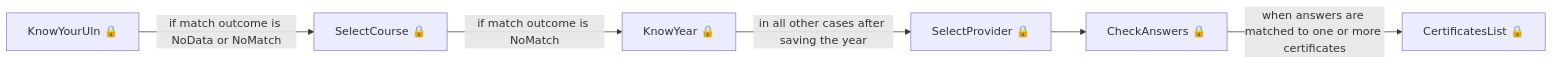
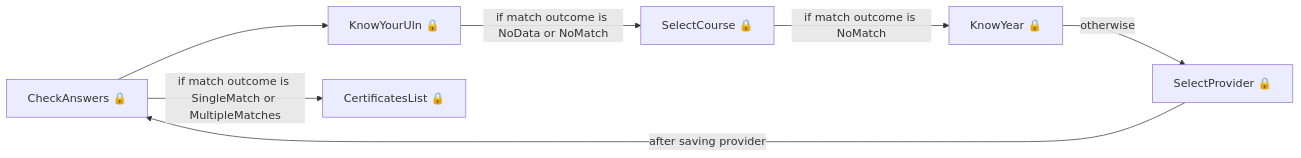
One commit to talentconsulting/atlas-dfe changed the first of 9 diagrams in das-digital-certification-web/user-journeys/user-journeys.md. Above: the diagram before and after it, drawn with Mermaid. The commit also changed other lines of this file and 22 other files, not shown here.

````diff
--- a/das-digital-certification-web/user-journeys/user-journeys.md
+++ b/das-digital-certification-web/user-journeys/user-journeys.md
@@ -25,8 +9,9 @@
 ```mermaid
 flowchart LR
-  p0["KnowYourUln 🔒"] -->|"if match outcome is NoData or NoMatch"| p1["SelectCourse 🔒"]
-  p1["SelectCourse 🔒"] -->|"if match outcome is NoMatch"| p2["KnowYear 🔒"]
-  p2["KnowYear 🔒"] -->|"in all other cases after saving the year"| p3["SelectProvider 🔒"]
-  p3["SelectProvider 🔒"] --> p4["CheckAnswers 🔒"]
-  p4["CheckAnswers 🔒"] -->|"when answers are matched to one or more certificates"| p5["CertificatesList 🔒"]
+  p0["CheckAnswers 🔒"] --> p1["KnowYourUln 🔒"]
+  p1["KnowYourUln 🔒"] -->|"if match outcome is NoData or NoMatch"| p2["SelectCourse 🔒"]
+  p2["SelectCourse 🔒"] -->|"if match outcome is NoMatch"| p3["KnowYear 🔒"]
+  p3["KnowYear 🔒"] -->|"otherwise"| p4["SelectProvider 🔒"]
+  p4["SelectProvider 🔒"] -->|"after saving provider"| p0["CheckAnswers 🔒"]
+  p0["CheckAnswers 🔒"] -->|"if match outcome is SingleMatch or MultipleMatches"| p5["CertificatesList 🔒"]
 ```
````
